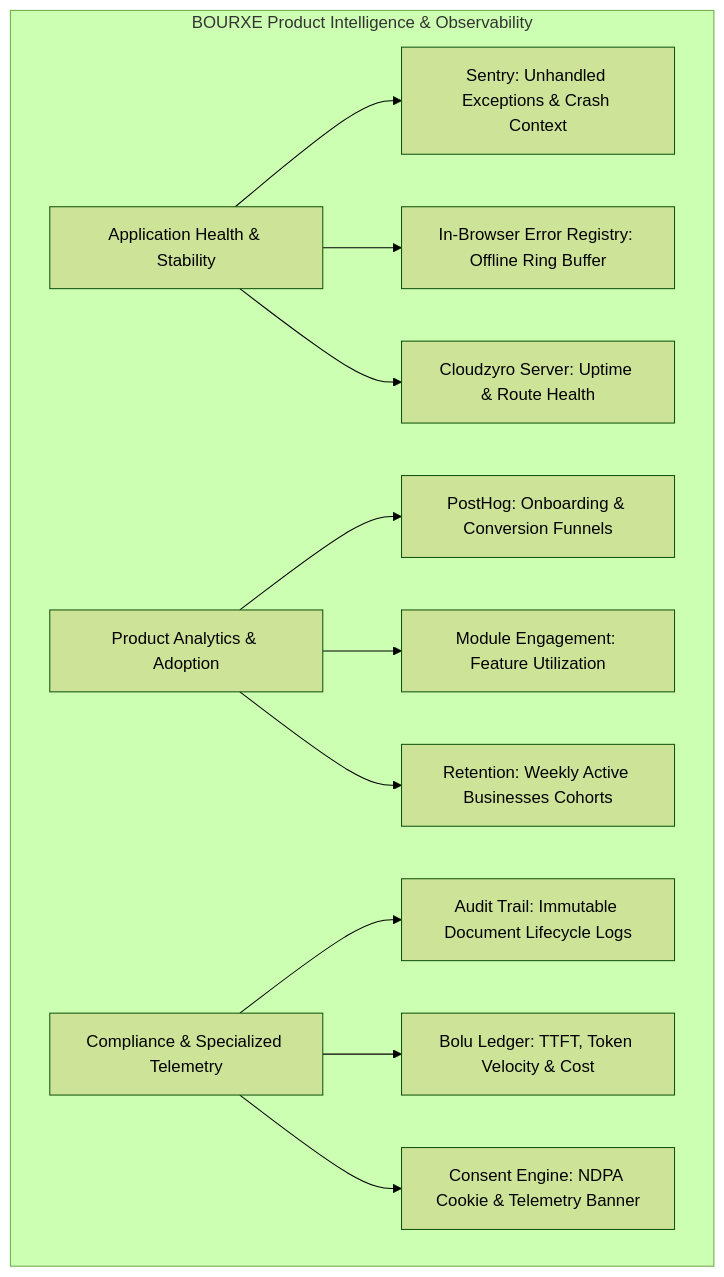
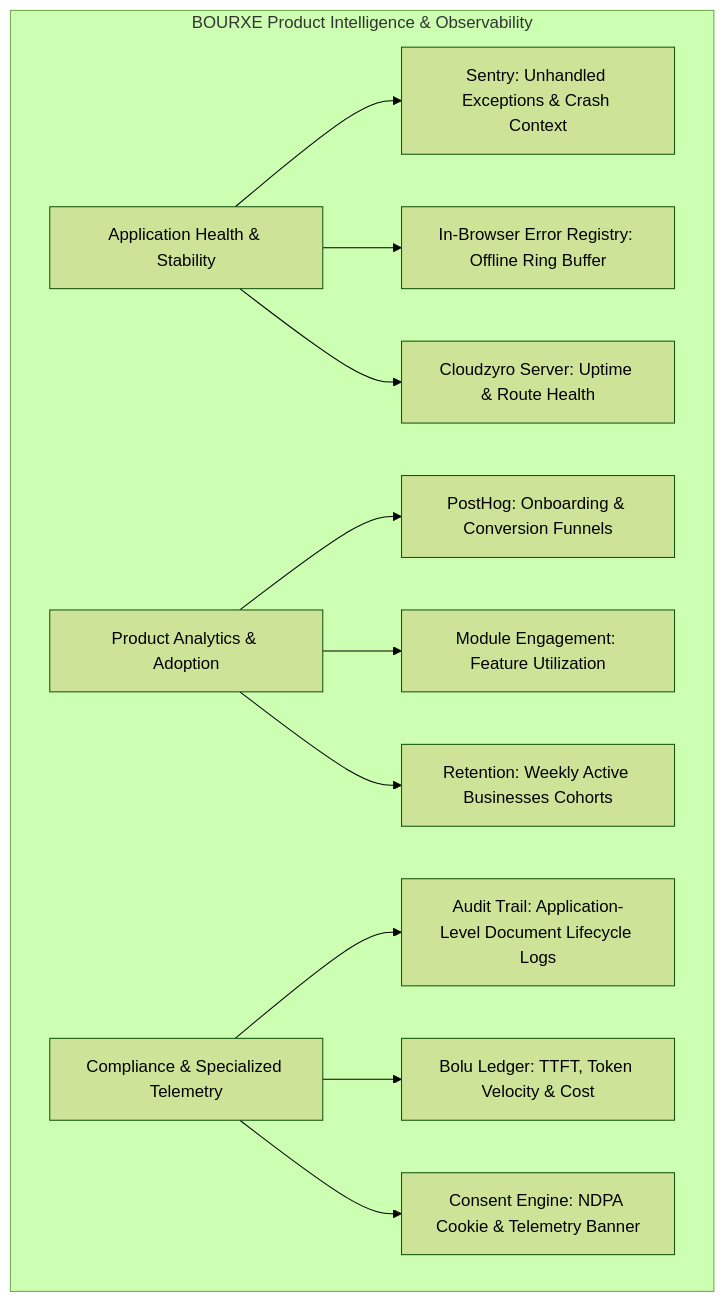
The diagram in docs/prd/product-intelligence-observability/PRD.md (Bigdrops/bigdrops-app), drawn with Mermaid (forest theme) before and after one commit. The commit also changed other lines of this file and 10 other files, not shown here.

````diff
--- a/docs/prd/product-intelligence-observability/PRD.md
+++ b/docs/prd/product-intelligence-observability/PRD.md
@@ -43,16 +43,16 @@
 ```mermaid
 flowchart TD
     subgraph BOURXE Product Intelligence & Observability
         A[Application Health & Stability] --> A1[Sentry: Unhandled Exceptions & Crash Context]
         A --> A2[In-Browser Error Registry: Offline Ring Buffer]
         A --> A3[Cloudzyro Server: Uptime & Route Health]
 
         B[Product Analytics & Adoption] --> B1[PostHog: Onboarding & Conversion Funnels]
         B --> B2[Module Engagement: Feature Utilization]
         B --> B3[Retention: Weekly Active Businesses Cohorts]
 
-        C[Compliance & Specialized Telemetry] --> C1[Audit Trail: Immutable Document Lifecycle Logs]
+        C[Compliance & Specialized Telemetry] --> C1[Audit Trail: Application-Level Document Lifecycle Logs]
         C --> C2[Bolu Ledger: TTFT, Token Velocity & Cost]
         C --> C3[Consent Engine: NDPA Cookie & Telemetry Banner]
     end
 ```
````
